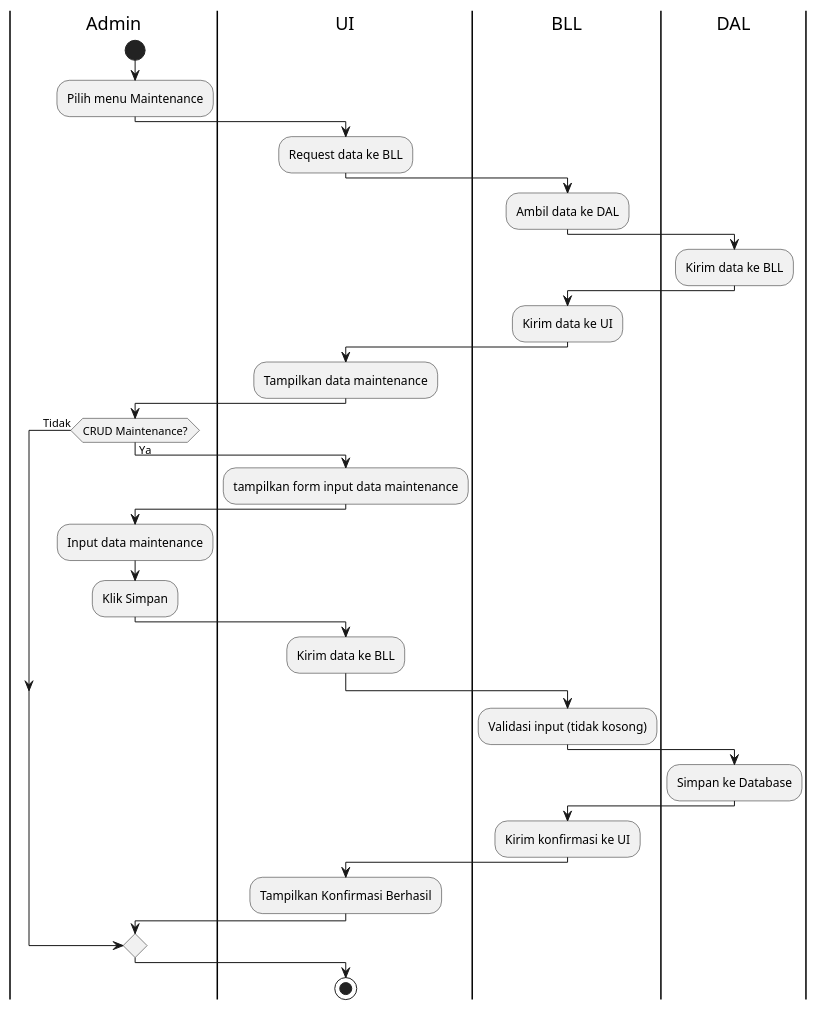
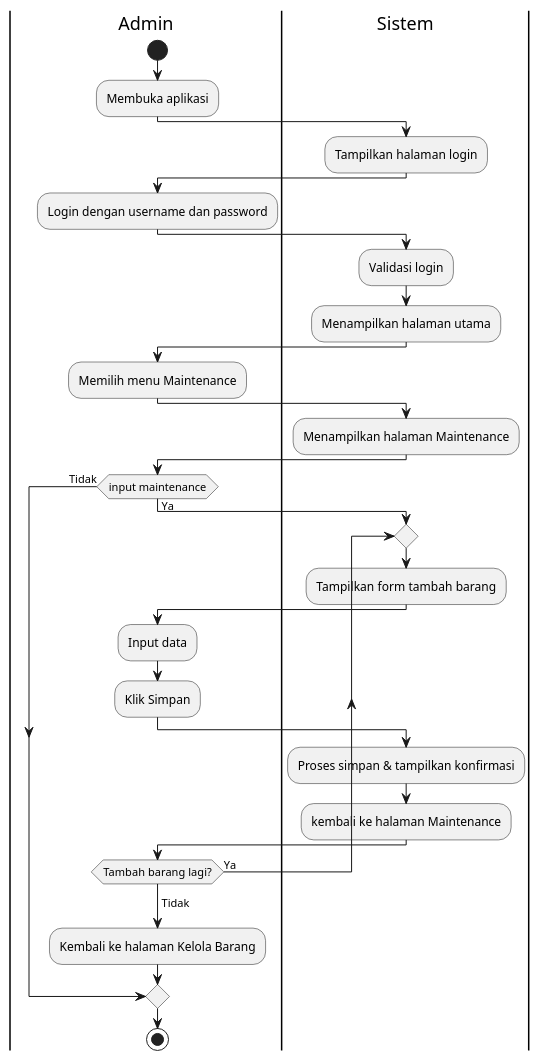
The diagram in Activity Diagram/activityMaintenance.puml (Fannandya/diagramPABD), drawn with PlantUML before and after one commit. The commit also changed 1 other file, not shown here.

Commit message:
mengganti isi dari activity maintenance dan kelola barang

```diff
--- a/Activity Diagram/activityMaintenance.puml
+++ b/Activity Diagram/activityMaintenance.puml
@@ -1,41 +1,40 @@
 @startuml activityMaintenance
 |Admin| 
 start
-:Pilih menu Maintenance;
+:Membuka aplikasi;
 
-|UI|
-:Request data ke BLL;
-
-|BLL|
-:Ambil data ke DAL;
-
-|DAL|
-:Kirim data ke BLL;
-
-|BLL|
-:Kirim data ke UI;
-
-|UI|
-:Tampilkan data maintenance;
+|Sistem|
+:Tampilkan halaman login;
 
 |Admin|
-if (CRUD Maintenance?) then (Ya)
-  |UI|
-  :tampilkan form input data maintenance;
-  |Admin|
-  :Input data maintenance;
-  :Klik Simpan;
-  |UI|
-  :Kirim data ke BLL;
-  |BLL|
-  :Validasi input (tidak kosong);
-  |DAL|
-  :Simpan ke Database;
-  |BLL|
-  :Kirim konfirmasi ke UI;
-  |UI|
-  :Tampilkan Konfirmasi Berhasil;
+:Login dengan username dan password;
+
+|Sistem|
+:Validasi login;
+:Menampilkan halaman utama;
+
+|Admin|
+:Memilih menu Maintenance;
+
+|Sistem|
+:Menampilkan halaman Maintenance;
+
+|Admin|
+if (input maintenance) then (Ya)
+  |Sistem|
+  repeat
+    :Tampilkan form tambah barang;
+    |Admin|
+    :Input data;
+    :Klik Simpan;
+    |Sistem|
+    :Proses simpan & tampilkan konfirmasi;
+    :kembali ke halaman Maintenance;
+    |Admin|
+  repeat while (Tambah barang lagi?) is (Ya)
+  ->Tidak;
+  :Kembali ke halaman Kelola Barang;
 else (Tidak)
 endif
 stop
 @enduml
```
